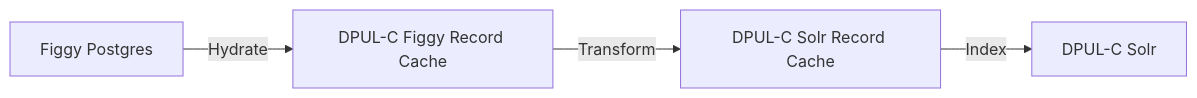
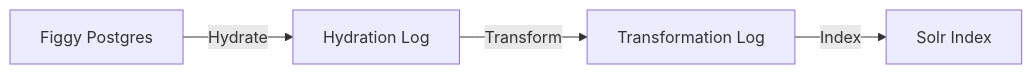
Before and after one commit to pulibrary/dpul-collections: the first of 2 diagrams in architecture-decisions/0002-indexing.md, drawn with Mermaid. The commit also changed other lines of this file, not shown here.

````diff
--- a/architecture-decisions/0002-indexing.md
+++ b/architecture-decisions/0002-indexing.md
@@ -27,6 +27,6 @@
 ```mermaid
 flowchart LR
-    A[Figgy Postgres] -->|Hydrate| B[DPUL-C Figgy Record Cache]
-    B -->|Transform| C[DPUL-C Solr Record Cache]
-    C -->|Index| D[DPUL-C Solr]
+    A[Figgy Postgres] -->|Hydrate| B[Hydration Log]
+    B -->|Transform| C[Transformation Log]
+    C -->|Index| D[Solr Index]
 ```
````
